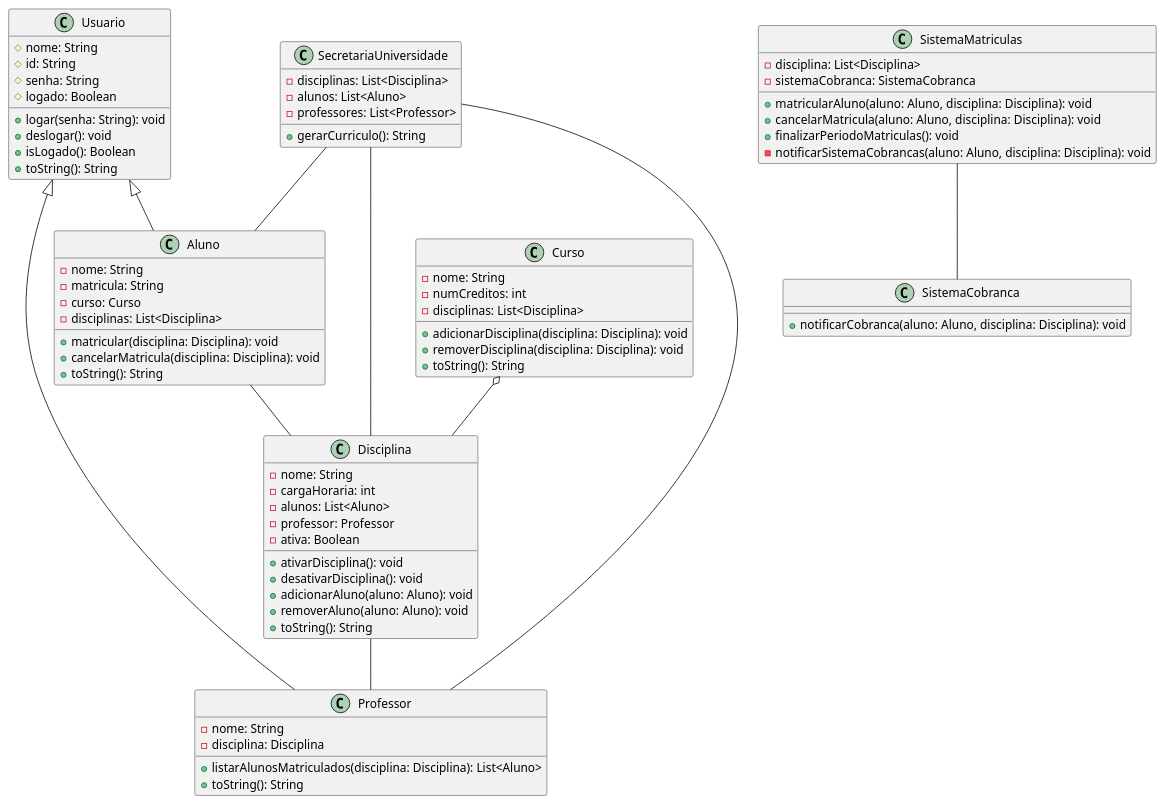
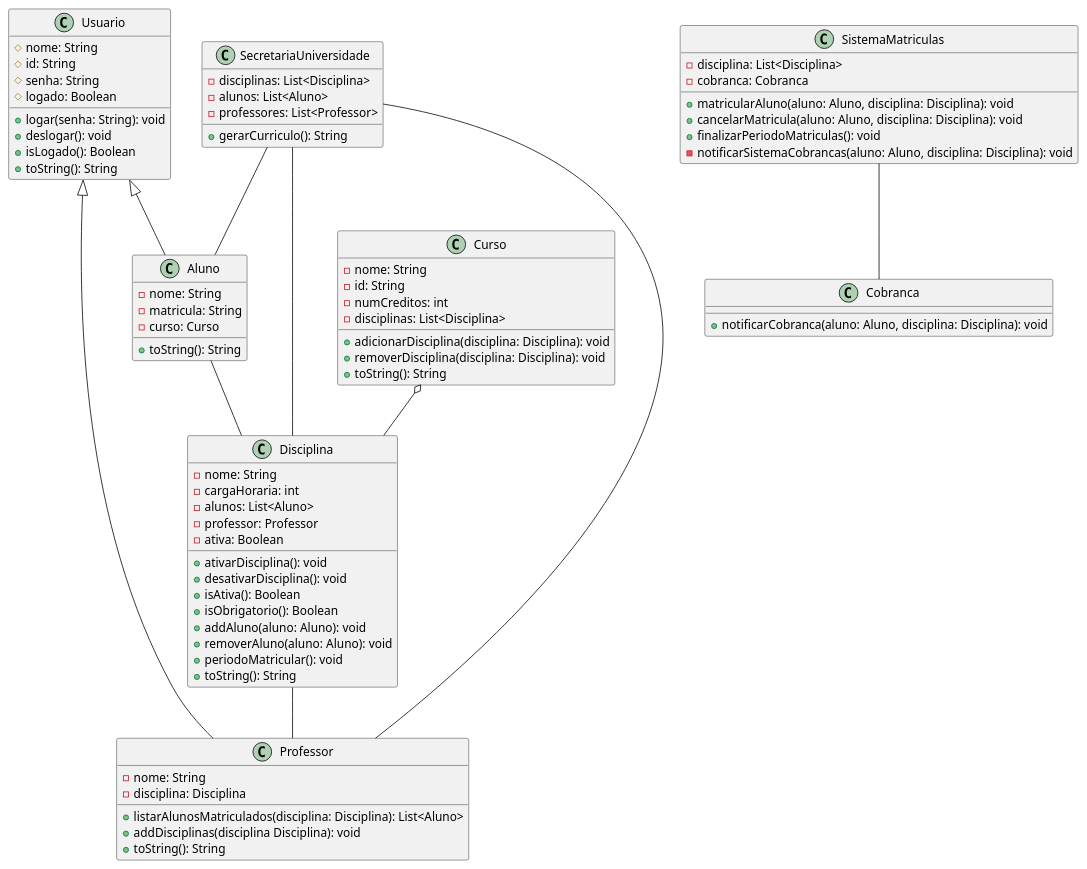
One commit to pauladefreitas/Lab01 changed the diagram in projeto/diagramaDeClasse.puml. Above: the diagram before and after it, drawn with PlantUML.

Commit message:
update class diagram

```diff
--- a/projeto/diagramaDeClasse.puml
+++ b/projeto/diagramaDeClasse.puml
@@ -1,87 +1,89 @@
 @startuml
 
 class Usuario {
   #nome: String
   #id: String
   #senha: String
   #logado: Boolean
   +logar(senha: String): void
   +deslogar(): void
   +isLogado(): Boolean
   +toString(): String
 
 }
 
 class Aluno {
   -nome: String
   -matricula: String
   -curso: Curso
-  -disciplinas: List<Disciplina>
-  +matricular(disciplina: Disciplina): void
-  +cancelarMatricula(disciplina: Disciplina): void
   +toString(): String
 }
 
 class Professor {
   -nome: String
   -disciplina: Disciplina
   +listarAlunosMatriculados(disciplina: Disciplina): List<Aluno>
+  +addDisciplinas(disciplina Disciplina): void
   +toString(): String
 
 }
 
 class Disciplina {
   -nome: String
   -cargaHoraria: int
   -alunos: List<Aluno>
   -professor: Professor
   -ativa: Boolean
   +ativarDisciplina(): void
   +desativarDisciplina(): void
-  +adicionarAluno(aluno: Aluno): void
+  +isAtiva(): Boolean
+  +isObrigatorio(): Boolean
+  +addAluno(aluno: Aluno): void
   +removerAluno(aluno: Aluno): void
+  +periodoMatricular(): void
   +toString(): String
 
 }
 
 class Curso {
   -nome: String
+  -id: String
   -numCreditos: int
   -disciplinas: List<Disciplina>
   +adicionarDisciplina(disciplina: Disciplina): void
   +removerDisciplina(disciplina: Disciplina): void
   +toString(): String
 
 }
 
 class SecretariaUniversidade {
   -disciplinas: List<Disciplina>
   -alunos: List<Aluno>
   -professores: List<Professor>
   +gerarCurriculo(): String
 }
 
-class SistemaCobranca {
+class Cobranca {
   +notificarCobranca(aluno: Aluno, disciplina: Disciplina): void
 }
 
 class SistemaMatriculas {
   -disciplina: List<Disciplina>
-  -sistemaCobranca: SistemaCobranca
+  -cobranca: Cobranca
   +matricularAluno(aluno: Aluno, disciplina: Disciplina): void
   +cancelarMatricula(aluno: Aluno, disciplina: Disciplina): void
   +finalizarPeriodoMatriculas(): void
   -notificarSistemaCobrancas(aluno: Aluno, disciplina: Disciplina): void
 }
 
 Usuario <|-- Aluno
 Usuario <|-- Professor
 Aluno -- Disciplina 
 Disciplina --  Professor
-SistemaMatriculas -- SistemaCobranca 
+SistemaMatriculas -- Cobranca 
 SecretariaUniversidade -- Aluno
 SecretariaUniversidade -- Disciplina 
 SecretariaUniversidade -- Professor
 Curso o-- Disciplina
 
 @enduml
```
